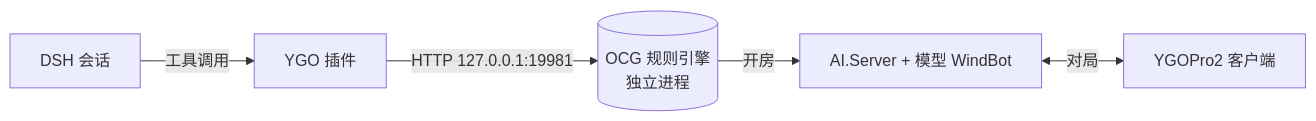
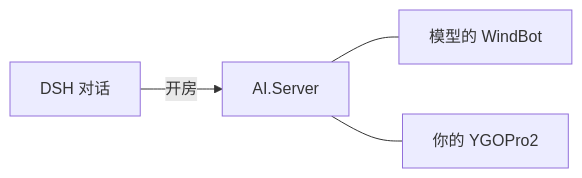
Before and after one commit to mellfy-puppy/ygo-tools-for-dsh: the diagram in README.md, drawn with Mermaid. The commit also changed other lines of this file and 2 other files, not shown here.

````diff
--- a/README.md
+++ b/README.md
@@ -197,7 +39,6 @@
 ```mermaid
 flowchart LR
-    A[DSH 会话] -->|工具调用| B[YGO 插件]
-    B -->|HTTP 127.0.0.1:19981| C[(OCG 规则引擎<br/>独立进程)]
-    C -->|开房| D[AI.Server + 模型 WindBot]
-    D <-->|对局| E[YGOPro2 客户端]
+    A[DSH 对话] -->|开房| B[AI.Server]
+    B --- C[模型的 WindBot]
+    B --- D[你的 YGOPro2]
 ```
````
